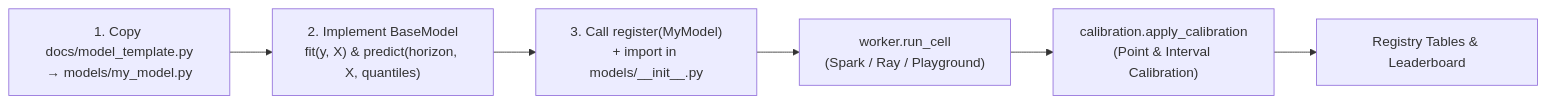
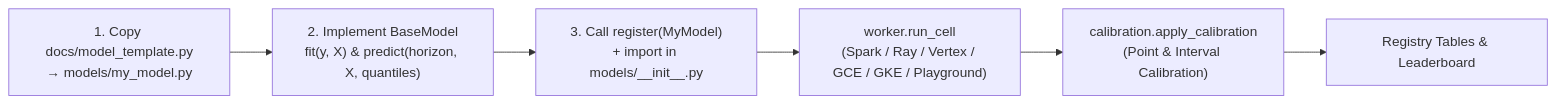
Before and after one commit to statmike/scale-forecasting: the diagram in docs/adding_a_model.md, drawn with Mermaid. The commit also changed other lines of this file and 102 other files, not shown here.

````diff
--- a/docs/adding_a_model.md
+++ b/docs/adding_a_model.md
@@ -8,8 +8,8 @@
 ```mermaid
 flowchart LR
-    T["1. Copy docs/model_template.py\n→ models/my_model.py"] --> I["2. Implement BaseModel\nfit(y, X) & predict(horizon, X, quantiles)"]
-    I --> R["3. Call register(MyModel)\n+ import in models/__init__.py"]
-    R --> W["worker.run_cell\n(Spark / Ray / Playground)"]
-    W --> C["calibration.apply_calibration\n(Point & Interval Calibration)"]
+    T["1. Copy docs/model_template.py<br/>→ models/my_model.py"] --> I["2. Implement BaseModel<br/>fit(y, X) & predict(horizon, X, quantiles)"]
+    I --> R["3. Call register(MyModel)<br/>+ import in models/__init__.py"]
+    R --> W["worker.run_cell<br/>(Spark / Ray / Vertex / GCE / GKE / Playground)"]
+    W --> C["calibration.apply_calibration<br/>(Point & Interval Calibration)"]
     C --> BQ["Registry Tables & Leaderboard"]
 ```
````
